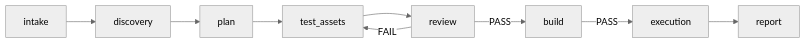
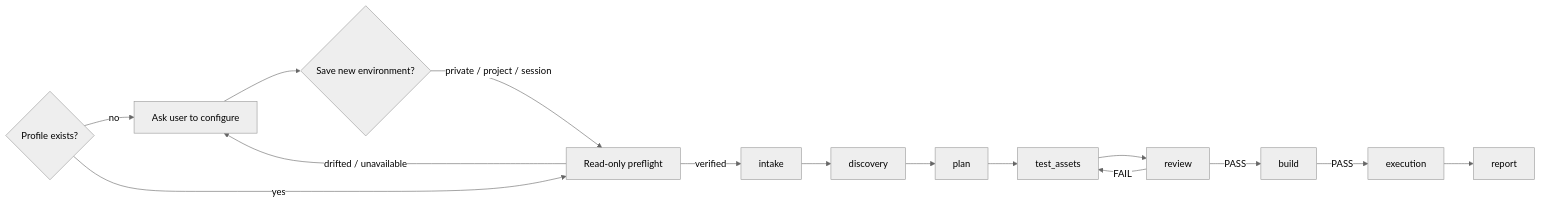
Before and after one commit to flufg/workskill: the diagram in docs/linux-client-whitebox-test-flow.md, drawn with Mermaid (neutral theme). The commit also changed other lines of this file and 12 other files, not shown here.

Commit message:
Add interactive environment profile bootstrap

````diff
--- a/docs/linux-client-whitebox-test-flow.md
+++ b/docs/linux-client-whitebox-test-flow.md
@@ -5,8 +5,14 @@
 ```mermaid
 flowchart LR
-    I[intake] --> D[discovery] --> P[plan] --> A[test_assets]
+    C{Profile exists?} -->|no| Q[Ask user to configure]
+    Q --> S{Save new environment?}
+    S -->|private / project / session| V[Read-only preflight]
+    C -->|yes| V
+    V -->|verified| I[intake]
+    V -->|drifted / unavailable| Q
+    I --> D[discovery] --> P[plan] --> A[test_assets]
     A --> R[review]
     R -->|PASS| B[build]
     R -->|FAIL| A
     B -->|PASS| E[execution] --> O[report]
 ```
````
